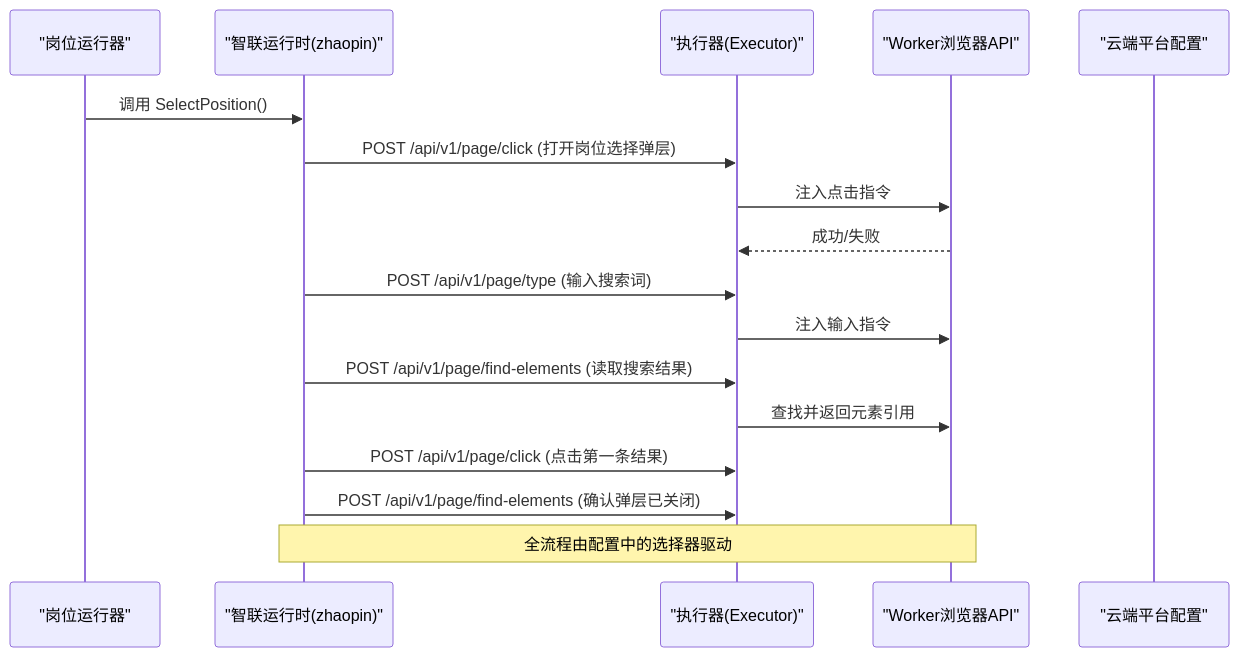
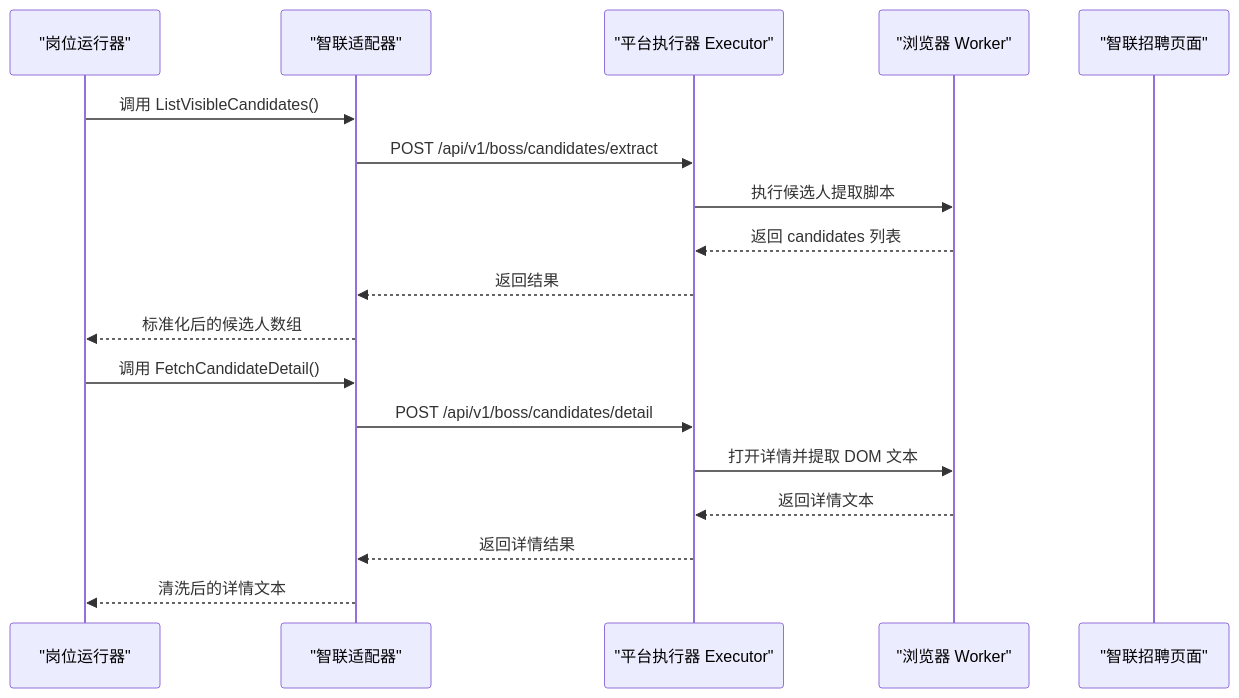
Before and after one commit to alvinwangzi/goodhr: the second of 8 diagrams in .qoder/repowiki/zh/content/本地执行器/平台适配器/智联招聘适配器/智联招聘适配器.md, drawn with Mermaid. The commit also changed other lines of this file and 149 other files, not shown here.

````diff
--- a/.qoder/repowiki/zh/content/本地执行器/平台适配器/智联招聘适配器/智联招聘适配器.md
+++ b/.qoder/repowiki/zh/content/本地执行器/平台适配器/智联招聘适配器/智联招聘适配器.md
@@ -98,19 +114,20 @@
 ```mermaid
 sequenceDiagram
 participant Runner as "岗位运行器"
-participant ZR as "智联运行时(zhaopin)"
-participant Exec as "执行器(Executor)"
-participant Worker as "Worker浏览器API"
-participant DB as "云端平台配置"
-Runner->>ZR : 调用 SelectPosition()
-ZR->>Exec : POST /api/v1/page/click (打开岗位选择弹层)
-Exec->>Worker : 注入点击指令
-Worker-->>Exec : 成功/失败
-ZR->>Exec : POST /api/v1/page/type (输入搜索词)
-Exec->>Worker : 注入输入指令
-ZR->>Exec : POST /api/v1/page/find-elements (读取搜索结果)
-Exec->>Worker : 查找并返回元素引用
-ZR->>Exec : POST /api/v1/page/click (点击第一条结果)
-ZR->>Exec : POST /api/v1/page/find-elements (确认弹层已关闭)
-Note over ZR,Worker : 全流程由配置中的选择器驱动
+participant ZR as "智联适配器"
+participant Exec as "平台执行器 Executor"
+participant Worker as "浏览器 Worker"
+participant Site as "智联招聘页面"
+Runner->>ZR : 调用 ListVisibleCandidates()
+ZR->>Exec : POST /api/v1/boss/candidates/extract
+Exec->>Worker : 执行候选人提取脚本
+Worker-->>Exec : 返回 candidates 列表
+Exec-->>ZR : 返回结果
+ZR-->>Runner : 标准化后的候选人数组
+Runner->>ZR : 调用 FetchCandidateDetail()
+ZR->>Exec : POST /api/v1/boss/candidates/detail
+Exec->>Worker : 打开详情并提取 DOM 文本
+Worker-->>Exec : 返回详情文本
+Exec-->>ZR : 返回详情结果
+ZR-->>Runner : 清洗后的详情文本
 ```
````
